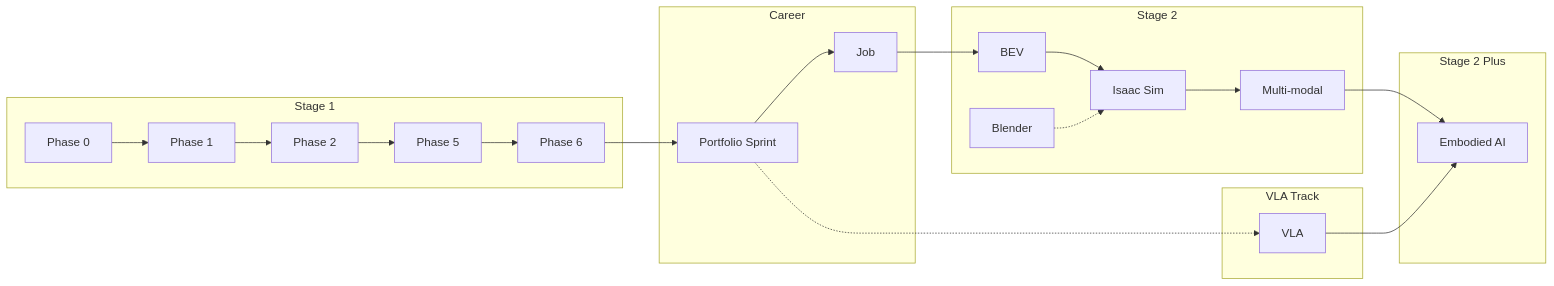
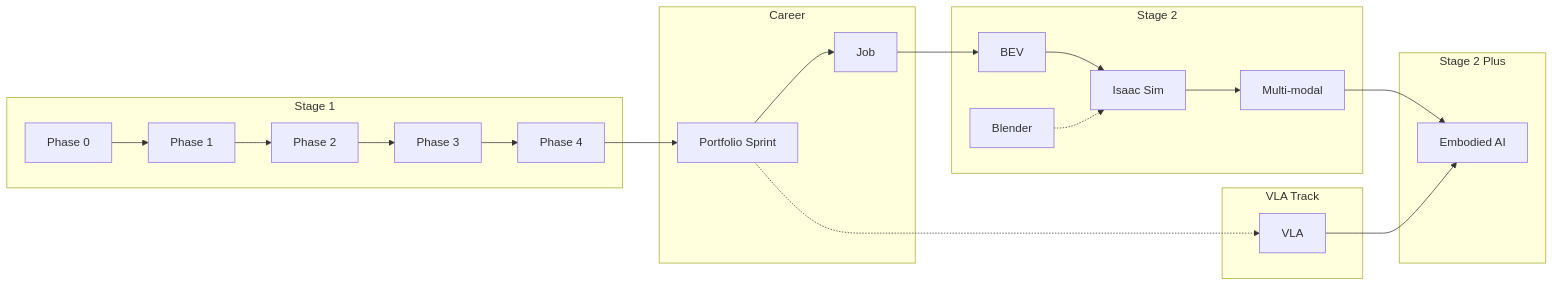
One commit to tylee-yeonge/physical-ai-study changed the diagram in README.md. Above: the diagram before and after it, drawn with Mermaid. The commit also changed other lines of this file and 177 other files, not shown here.

````diff
--- a/README.md
+++ b/README.md
@@ -11,38 +11,38 @@
 ```mermaid
 graph LR
     subgraph Stage1[Stage 1]
         P0[Phase 0]
         P1[Phase 1]
         P2[Phase 2]
-        P5[Phase 5]
-        P6[Phase 6]
+        P5[Phase 3]
+        P6[Phase 4]
     end
 
     subgraph Career[Career]
         Sprint[Portfolio Sprint]
         Job[Job]
     end
 
     subgraph Stage2[Stage 2]
         BEV[BEV]
         Blender[Blender]
         Isaac[Isaac Sim]
         Multi[Multi-modal]
     end
 
     subgraph VLATrack[VLA Track]
         VLA[VLA]
     end
 
     subgraph Stage2Plus[Stage 2 Plus]
         Embodied[Embodied AI]
     end
 
     P0 --> P1 --> P2 --> P5 --> P6
     P6 --> Sprint --> Job
     Sprint -.-> VLA
     Job --> BEV --> Isaac --> Multi
     Blender -.-> Isaac
     Multi --> Embodied
     VLA --> Embodied
 ```
````
